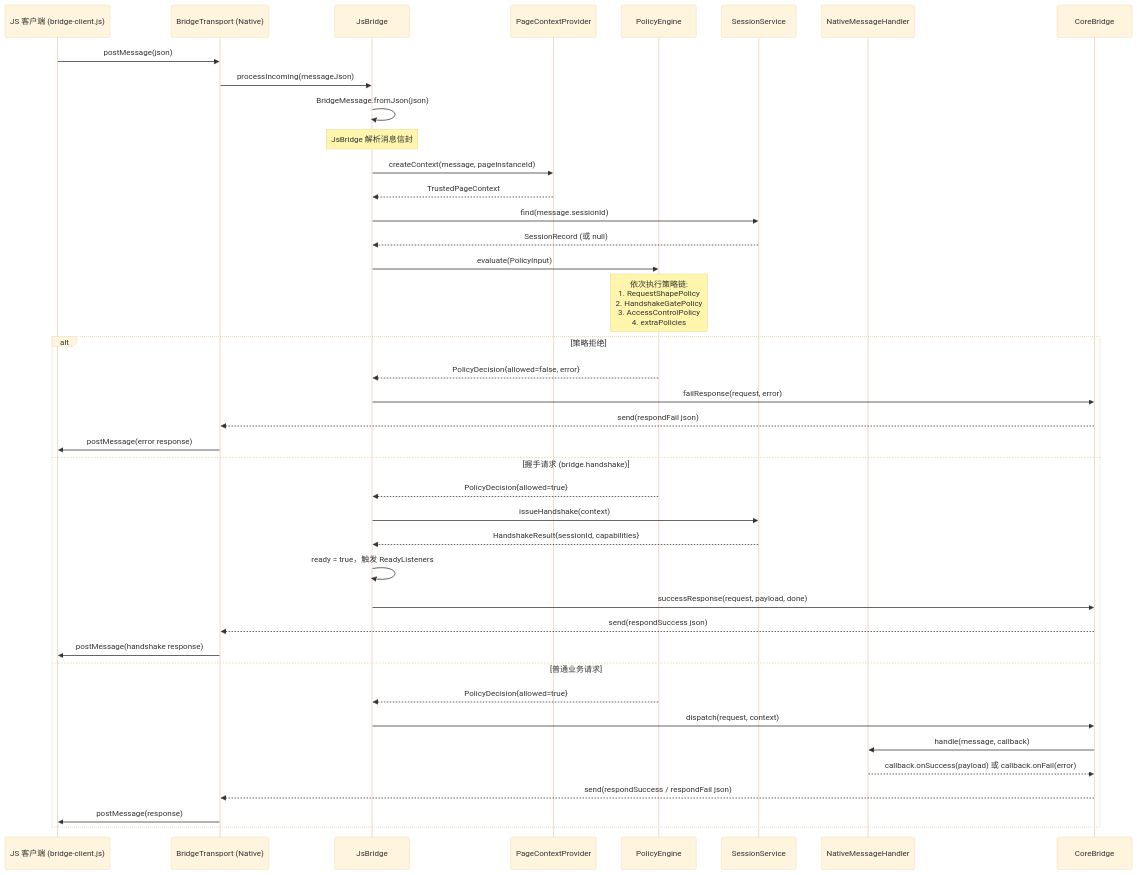
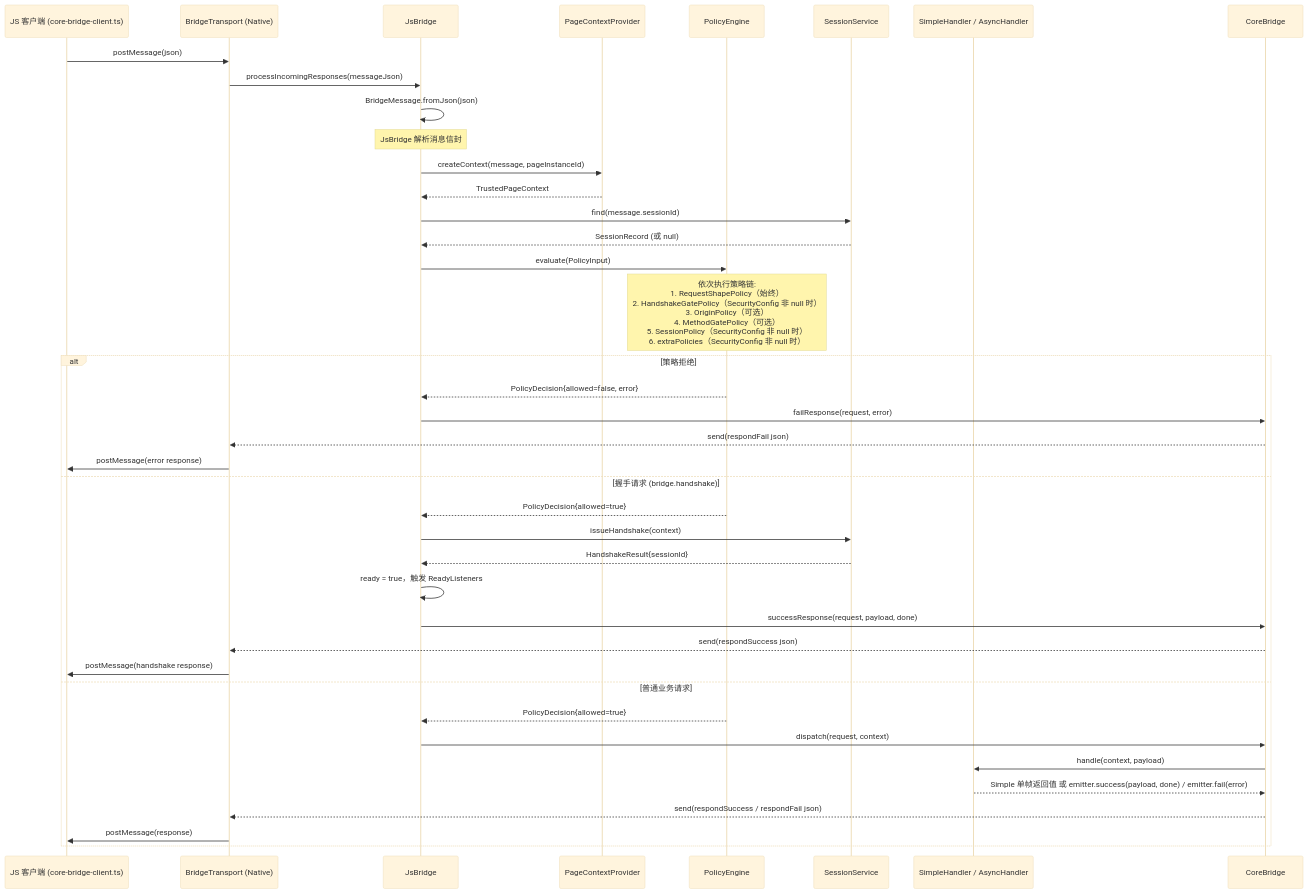
One commit to xesam/JsBridge2 changed the third of 4 diagrams in docs/02-architecture.md. Above: the diagram before and after it, drawn with Mermaid (base theme). The commit also changed other lines of this file and 281 other files, not shown here.

First line of the commit message:
feat: 多端 JS-Native bridge 库 - 完整实现

````diff
--- a/docs/02-architecture.md
+++ b/docs/02-architecture.md
@@ -239,48 +253,48 @@
 ```mermaid
 sequenceDiagram
-    participant JS as JS 客户端 (bridge-client.js)
+    participant JS as JS 客户端 (core-bridge-client.ts)
     participant TP as BridgeTransport (Native)
     participant MB as JsBridge
     participant CP as PageContextProvider
     participant PE as PolicyEngine
     participant SS as SessionService
-    participant NH as NativeMessageHandler
+    participant NH as SimpleHandler / AsyncHandler
     participant CB as CoreBridge
 
     JS->>TP: postMessage(json)
-    TP->>MB: processIncoming(messageJson)
+    TP->>MB: processIncomingResponses(messageJson)
 
     MB->>MB: BridgeMessage.fromJson(json)
     Note over MB: JsBridge 解析消息信封
 
     MB->>CP: createContext(message, pageInstanceId)
     CP-->>MB: TrustedPageContext
 
     MB->>SS: find(message.sessionId)
     SS-->>MB: SessionRecord (或 null)
 
     MB->>PE: evaluate(PolicyInput)
-    Note over PE: 依次执行策略链:<br/>1. RequestShapePolicy<br/>2. HandshakeGatePolicy<br/>3. AccessControlPolicy<br/>4. extraPolicies
+    Note over PE: 依次执行策略链:<br/>1. RequestShapePolicy（始终）<br/>2. HandshakeGatePolicy（SecurityConfig 非 null 时）<br/>3. OriginPolicy（可选）<br/>4. MethodGatePolicy（可选）<br/>5. SessionPolicy（SecurityConfig 非 null 时）<br/>6. extraPolicies（SecurityConfig 非 null 时）
 
     alt 策略拒绝
         PE-->>MB: PolicyDecision{allowed=false, error}
         MB->>CB: failResponse(request, error)
         CB-->>TP: send(respondFail json)
         TP->>JS: postMessage(error response)
     else 握手请求 (bridge.handshake)
         PE-->>MB: PolicyDecision{allowed=true}
         MB->>SS: issueHandshake(context)
-        SS-->>MB: HandshakeResult{sessionId, capabilities}
+        SS-->>MB: HandshakeResult{sessionId}
         MB->>MB: ready = true，触发 ReadyListeners
         MB->>CB: successResponse(request, payload, done)
         CB-->>TP: send(respondSuccess json)
         TP->>JS: postMessage(handshake response)
     else 普通业务请求
         PE-->>MB: PolicyDecision{allowed=true}
         MB->>CB: dispatch(request, context)
-        CB->>NH: handle(message, callback)
-        NH-->>CB: callback.onSuccess(payload) 或 callback.onFail(error)
+        CB->>NH: handle(context, payload)
+        NH-->>CB: Simple 单帧返回值 或 emitter.success(payload, done) / emitter.fail(error)
         CB-->>TP: send(respondSuccess / respondFail json)
         TP->>JS: postMessage(response)
     end
 ```
````
